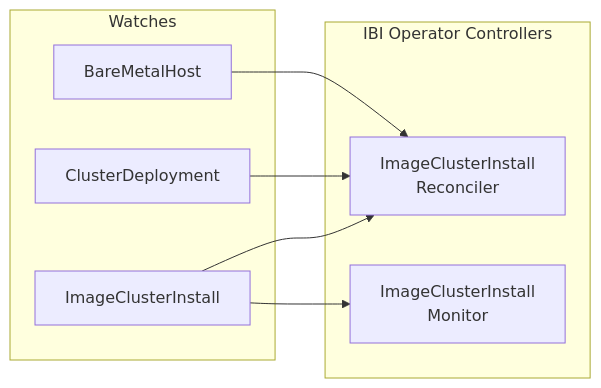
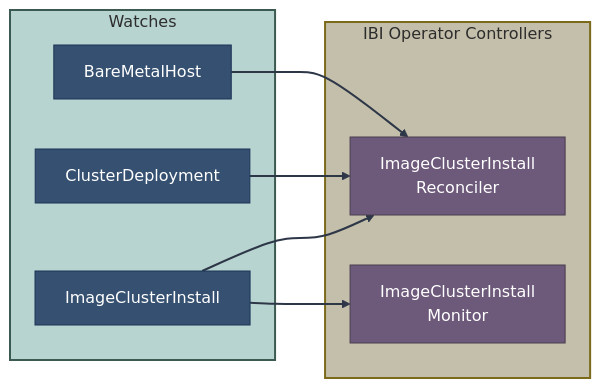
One commit to zszabo-rh/openshift-install-guide changed the second of 3 diagrams in 04-image-based-installation/ibi.md. Above: the diagram before and after it, drawn with Mermaid. The commit also changed other lines of this file and 16 other files, not shown here.

Commit message:
improved diagram style

````diff
--- a/04-image-based-installation/ibi.md
+++ b/04-image-based-installation/ibi.md
@@ -84,18 +101,29 @@
 ```mermaid
 graph LR
-    subgraph "IBI Operator Controllers"
+    subgraph controllers["IBI Operator Controllers"]
         ICIC[ImageClusterInstall<br/>Reconciler]
         MON[ImageClusterInstall<br/>Monitor]
     end
     
-    subgraph "Watches"
+    subgraph watches["Watches"]
         ICI[ImageClusterInstall]
         CD[ClusterDeployment]
         BMH[BareMetalHost]
     end
     
     ICI --> ICIC
     CD --> ICIC
     BMH --> ICIC
     ICI --> MON
+    
+    style ICIC fill:#6d597a,stroke:#4a3f50,color:#fff
+    style MON fill:#6d597a,stroke:#4a3f50,color:#fff
+    style ICI fill:#355070,stroke:#1d3557,color:#fff
+    style CD fill:#355070,stroke:#1d3557,color:#fff
+    style BMH fill:#355070,stroke:#1d3557,color:#fff
+    
+    style controllers fill:#c4bfaa,stroke:#7a6a1a,stroke-width:2px,color:#2d2d2d
+    style watches fill:#b8d4d0,stroke:#3d5a52,stroke-width:2px,color:#2d2d2d
+    
+    linkStyle default stroke:#2d3748,stroke-width:2px
 ```
````
